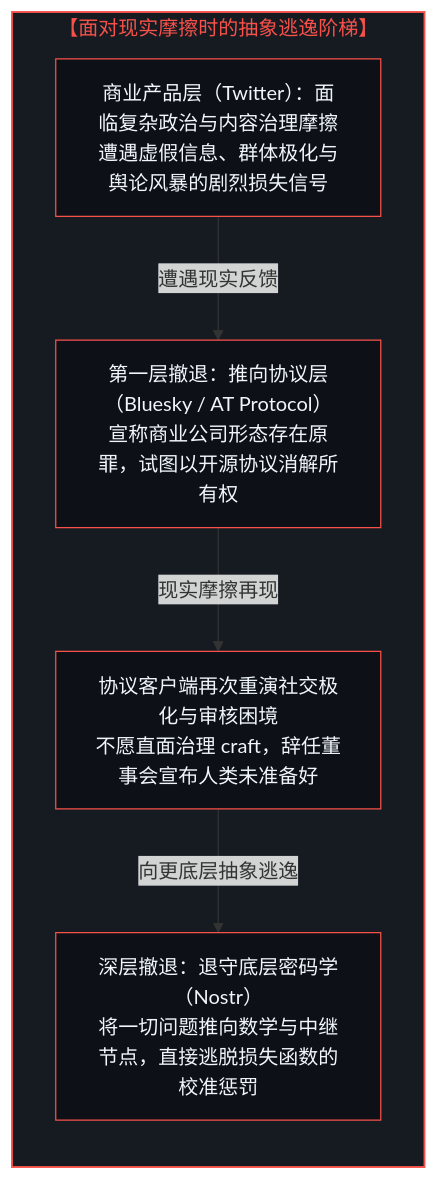
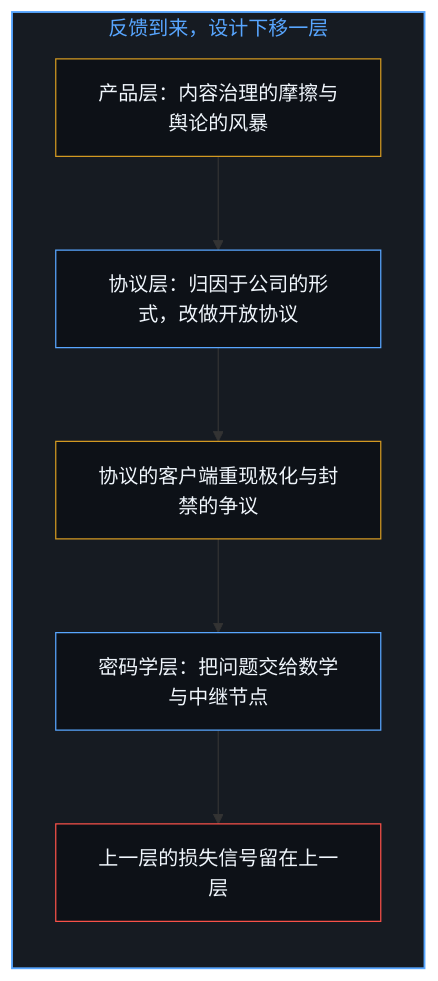
The fifth of 10 diagrams in content/posts/the-illusion-of-the-unmediated.md (powerpig99/not-a-toe), drawn with Mermaid before and after one commit. The commit also changed other lines of this file and 2 other files, not shown here.

Commit message:
Refine the-illusion-of-the-unmediated: alternating bilingual layout, five paired diagrams, a trajectory read by its structure, implicit first person

````diff
--- a/content/posts/the-illusion-of-the-unmediated.md
+++ b/content/posts/the-illusion-of-the-unmediated.md
@@ -150,19 +151,22 @@
 ```mermaid
-graph TD
-    subgraph S_LossEscape["【面对现实摩擦时的抽象逃逸阶梯】"]
+flowchart TD
+    subgraph S_Layers["反馈到来，设计下移一层"]
         direction TB
-        E1["商业产品层（Twitter）：面临复杂政治与内容治理摩擦<br/>遭遇虚假信息、群体极化与舆论风暴的剧烈损失信号"]
-        E2["第一层撤退：推向协议层（Bluesky / AT Protocol）<br/>宣称商业公司形态存在原罪，试图以开源协议消解所有权"]
-        E3["协议客户端再次重演社交极化与审核困境<br/>不愿直面治理 craft，辞任董事会宣布人类未准备好"]
-        E4["深层撤退：退守底层密码学（Nostr）<br/>将一切问题推向数学与中继节点，直接逃脱损失函数的校准惩罚"]
-        E1 -->|遭遇现实反馈| E2
-        E2 -->|现实摩擦再现| E3
-        E3 -->|向更底层抽象逃逸| E4
+        Product["产品层：内容治理的摩擦与舆论的风暴"]
+        Protocol["协议层：归因于公司的形式，改做开放协议"]
+        Repeat["协议的客户端重现极化与封禁的争议"]
+        Crypto["密码学层：把问题交给数学与中继节点"]
+        Stay["上一层的损失信号留在上一层"]
+        Product --> Protocol
+        Protocol --> Repeat
+        Repeat --> Crypto
+        Crypto --> Stay
     end
 
-    style S_LossEscape fill:#161b22,stroke:#f85149,stroke-width:1.5px,color:#f85149
-    style E1 fill:#0d1117,stroke:#f85149,stroke-width:1px,color:#f0f6fc
-    style E2 fill:#0d1117,stroke:#f85149,stroke-width:1px,color:#f0f6fc
-    style E3 fill:#0d1117,stroke:#f85149,stroke-width:1px,color:#f0f6fc
-    style E4 fill:#0d1117,stroke:#f85149,stroke-width:1px,color:#f0f6fc
+    style S_Layers fill:#161b22,stroke:#58a6ff,stroke-width:1.5px,color:#58a6ff
+    style Product fill:#0d1117,stroke:#d29922,stroke-width:1px,color:#f0f6fc
+    style Protocol fill:#0d1117,stroke:#58a6ff,stroke-width:1px,color:#f0f6fc
+    style Repeat fill:#0d1117,stroke:#d29922,stroke-width:1px,color:#f0f6fc
+    style Crypto fill:#0d1117,stroke:#58a6ff,stroke-width:1px,color:#f0f6fc
+    style Stay fill:#0d1117,stroke:#f85149,stroke-width:1px,color:#f0f6fc
 ```
````
